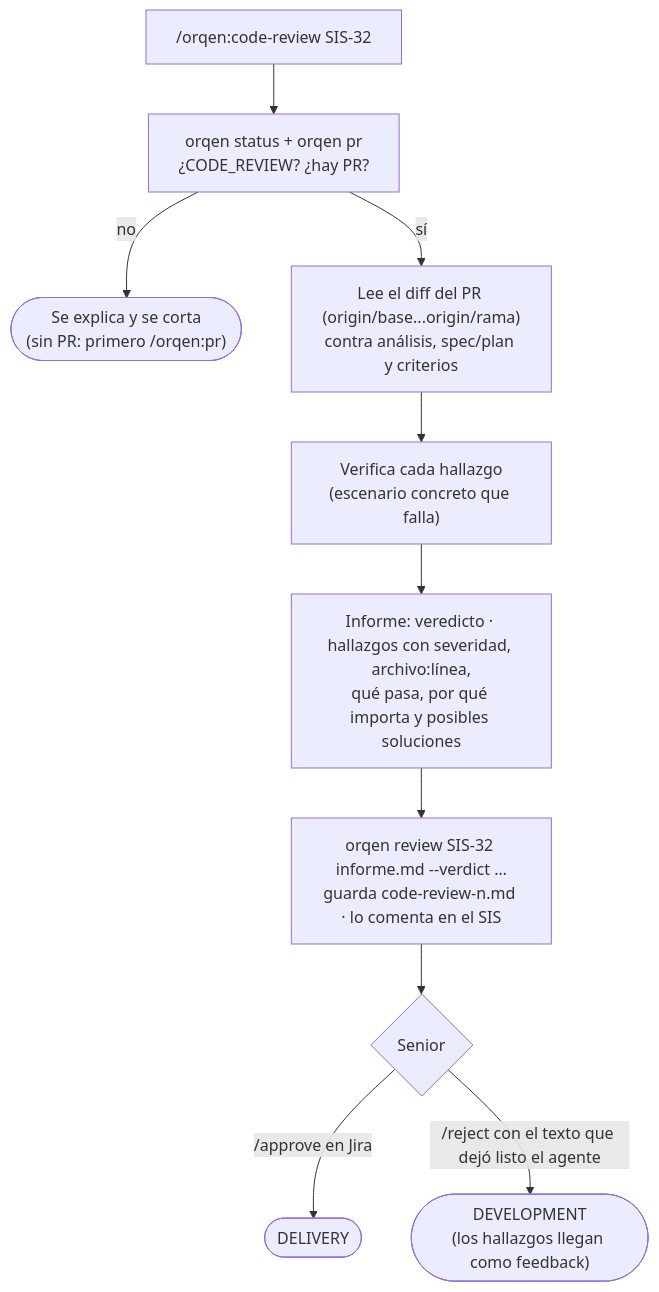
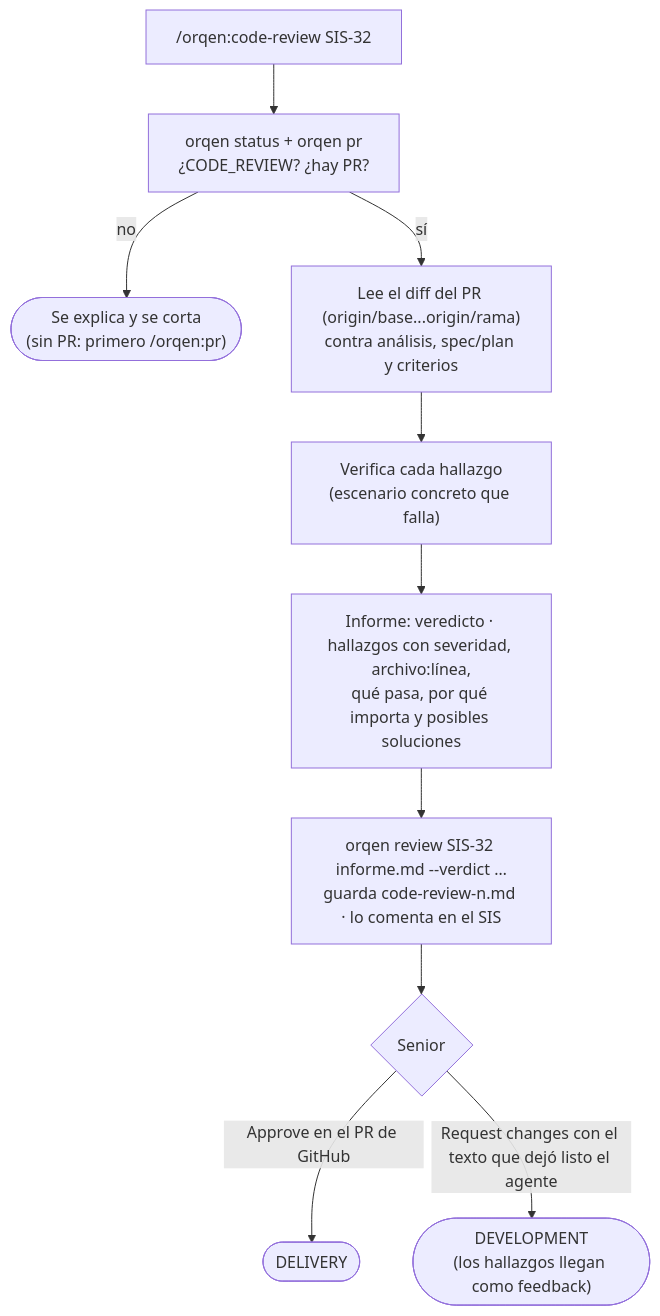
One commit to sistemas-telpin/orqen changed the fifth of 6 diagrams in README.md. Above: the diagram before and after it, drawn with Mermaid. The commit also changed other lines of this file and 8 other files, not shown here.

First line of the commit message:
CODE_REVIEW decidido por el review del PR en GitHub

````diff
--- a/README.md
+++ b/README.md
@@ -162,12 +162,12 @@
 ```mermaid
 flowchart TD
     A["/orqen:code-review SIS-32"] --> B["orqen status + orqen pr<br/>¿CODE_REVIEW? ¿hay PR?"]
     B -->|"no"| X(["Se explica y se corta<br/>(sin PR: primero /orqen:pr)"])
     B -->|"sí"| C["Lee el diff del PR (origin/base...origin/rama)<br/>contra análisis, spec/plan y criterios"]
     C --> D["Verifica cada hallazgo<br/>(escenario concreto que falla)"]
     D --> E["Informe: veredicto · hallazgos con severidad, archivo:línea,<br/>qué pasa, por qué importa y posibles soluciones"]
     E --> R["orqen review SIS-32 informe.md --verdict …<br/>guarda code-review-n.md · lo comenta en el SIS"]
     R --> F{"Senior"}
-    F -->|"/approve en Jira"| G(["DELIVERY"])
-    F -->|"/reject con el texto que dejó listo el agente"| H(["DEVELOPMENT<br/>(los hallazgos llegan como feedback)"])
+    F -->|"Approve en el PR de GitHub"| G(["DELIVERY"])
+    F -->|"Request changes con el texto que dejó listo el agente"| H(["DEVELOPMENT<br/>(los hallazgos llegan como feedback)"])
 ```
````
